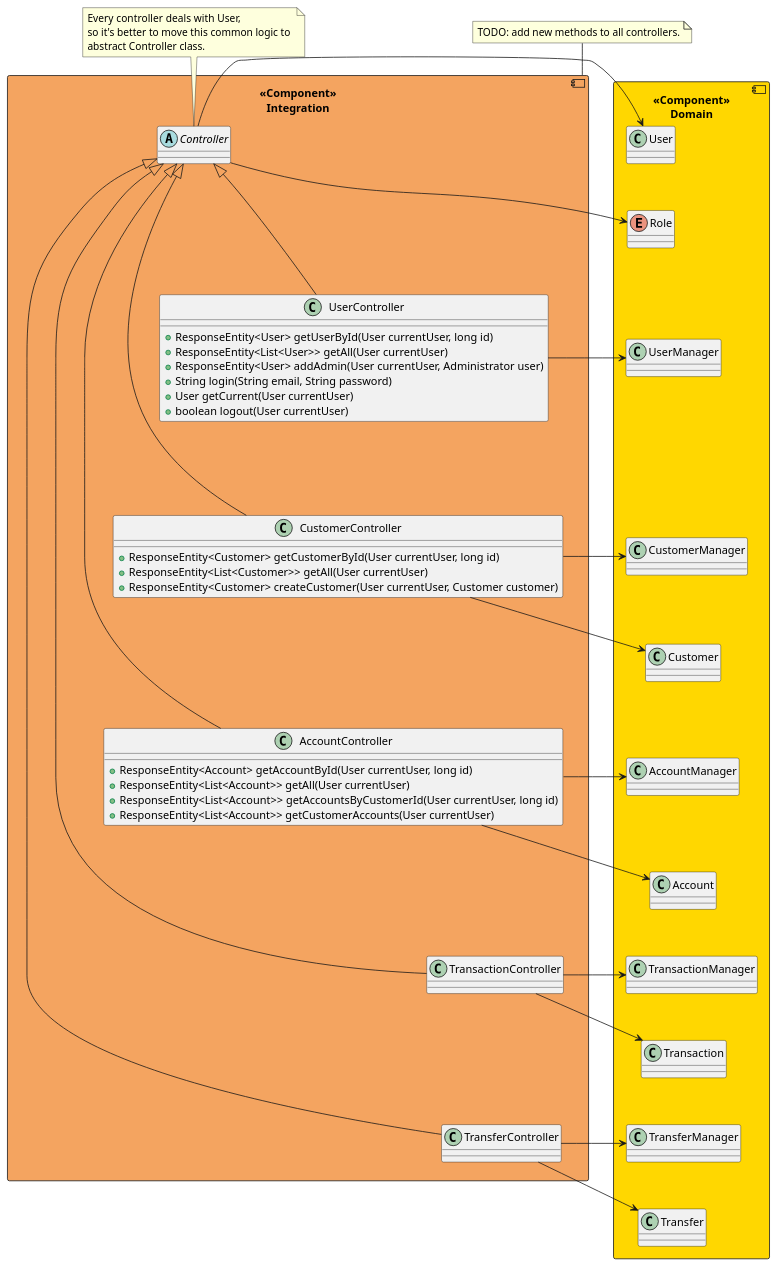
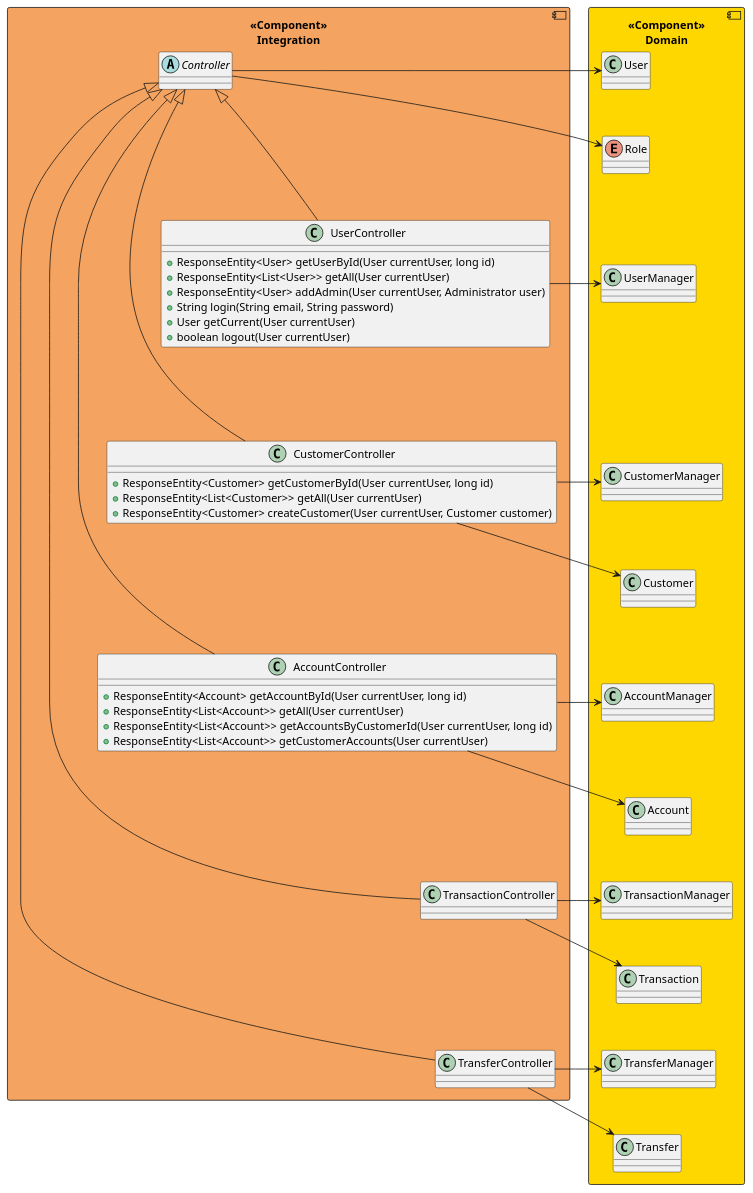
Before and after one commit to opendemobank/diagrams: the diagram in class/class_integration.iuml, drawn with PlantUML. The commit also changed 5 other files, not shown here.

```diff
--- a/class/class_integration.iuml
+++ b/class/class_integration.iuml
@@ -1,114 +1,114 @@
 @startuml ClassIntegration
 
 skinparam class {
     BackgroundColor<<Repository>> SkyBlue
     BorderColor<<Repository>> Navy
     BackgroundColor<<Access>> Snow
     BorderColor<<Access>> Plum
     BackgroundColor<<Integration>> SandyBrown
     BorderColor<<Integration>> Tomato
     BackgroundColor<<Domain>> Gold
     BorderColor<<Domain>> Red
 }
 
 component "<<Component>>\nIntegration" as integration #SandyBrown {
     abstract Controller {
 
     }
     
     class UserController {
         + ResponseEntity<User> getUserById(User currentUser, long id)
         + ResponseEntity<List<User>> getAll(User currentUser)
         + ResponseEntity<User> addAdmin(User currentUser, Administrator user)
         + String login(String email, String password)
         + User getCurrent(User currentUser)
         + boolean logout(User currentUser)
     }
 
     class CustomerController {
         + ResponseEntity<Customer> getCustomerById(User currentUser, long id)
         + ResponseEntity<List<Customer>> getAll(User currentUser)
         + ResponseEntity<Customer> createCustomer(User currentUser, Customer customer)
     }
 
     class AccountController {
         + ResponseEntity<Account> getAccountById(User currentUser, long id)
         + ResponseEntity<List<Account>> getAll(User currentUser)
         + ResponseEntity<List<Account>> getAccountsByCustomerId(User currentUser, long id)
         + ResponseEntity<List<Account>> getCustomerAccounts(User currentUser)
     }
 
     class TransactionController {
     }
 
     class TransferController {
     }
 }
 
 component "<<Component>>\nDomain" as domain #Gold {
     class User
     enum Role
     class UserManager
     class CustomerManager
     class Customer
     class AccountManager
     class Account
     class TransactionManager
     class Transaction
     class TransferManager
     class Transfer
 }
 
 Controller -> User
 Controller --> Role
 Controller ---[hidden]> UserController
 
 UserController ->  UserManager
 UserController ---[hidden]> CustomerController
 
 CustomerController ->  CustomerManager
 CustomerController --> Customer
 CustomerController ---[hidden]> AccountController
 
 AccountController -> AccountManager
 AccountController --> Account
 AccountController ---[hidden]> TransactionController
 
 TransactionController -> TransactionManager
 TransactionController --> Transaction
 TransactionController ---[hidden]> TransferController
 
 TransferController -> TransferManager
 TransferController --> Transfer
 
 Controller <|-- UserController
 Controller <|---- CustomerController
 Controller <|------ AccountController
 Controller <|-------- TransactionController
 Controller <|---------- TransferController
 
 User --[hidden]> Role
 Role --[hidden]> UserManager
 UserManager ---[hidden]> CustomerManager
 CustomerManager --[hidden]> Customer
 Customer --[hidden]> AccountManager
 AccountManager --[hidden]> Account
 Account --[hidden]> TransactionManager
 TransactionManager --[hidden]> Transaction
 Transaction --[hidden]> TransferManager
 TransferManager --[hidden]> Transfer
 
-note as note1
-    TODO: add new methods to all controllers.
-end note
+' note as note1
+'     TODO: add new methods to all controllers.
+' end note
 
-note as note2
-    Every controller deals with User,
-    so it's better to move this common logic to 
-    abstract Controller class.
-end note
+' note as note2
+'     Every controller deals with User,
+'     so it's better to move this common logic to 
+'     abstract Controller class.
+' end note
 
-integration -up- note1
-Controller -up- note2
+' integration -up- note1
+' Controller -up- note2
 
 @enduml
```
